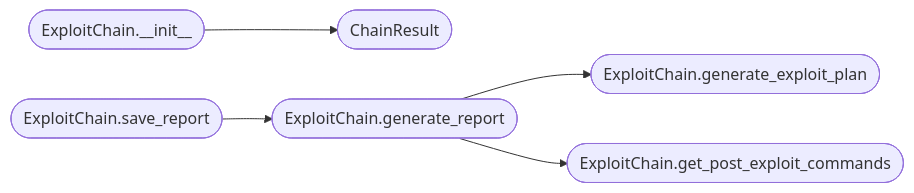
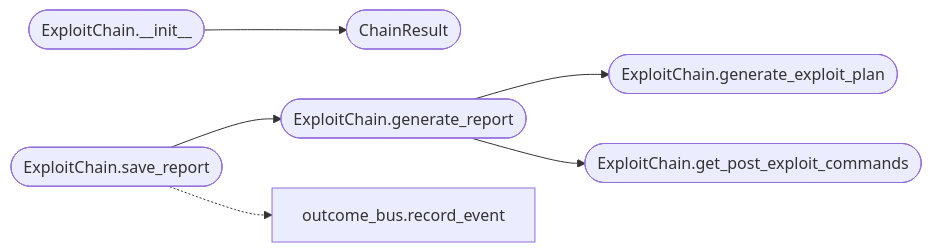
Before and after one commit to grisuno/LazyOwn: the second of 2 diagrams in readmenator-apidocs/modules/modules.exploit_chain.py.md, drawn with Mermaid. The commit also changed other lines of this file and 764 other files, not shown here.

````diff
--- a/readmenator-apidocs/modules/modules.exploit_chain.py.md
+++ b/readmenator-apidocs/modules/modules.exploit_chain.py.md
@@ -72,13 +72,15 @@
 ```mermaid
 flowchart LR
     n_modules_exploit_chain_py__ExploitChain___init__(["ExploitChain.__init__"])
     n_modules_exploit_chain_py__ChainResult(["ChainResult"])
     n_modules_exploit_chain_py__ExploitChain_generate_report(["ExploitChain.generate_report"])
     n_modules_exploit_chain_py__ExploitChain_generate_exploit_plan(["ExploitChain.generate_exploit_plan"])
     n_modules_exploit_chain_py__ExploitChain_get_post_exploit_commands(["ExploitChain.get_post_exploit_commands"])
     n_modules_exploit_chain_py__ExploitChain_save_report(["ExploitChain.save_report"])
+    n_modules_outcome_bus_py__record_event["outcome_bus.record_event"]
     n_modules_exploit_chain_py__ExploitChain___init__ --> n_modules_exploit_chain_py__ChainResult
     n_modules_exploit_chain_py__ExploitChain_generate_report --> n_modules_exploit_chain_py__ExploitChain_generate_exploit_plan
     n_modules_exploit_chain_py__ExploitChain_generate_report --> n_modules_exploit_chain_py__ExploitChain_get_post_exploit_commands
     n_modules_exploit_chain_py__ExploitChain_save_report --> n_modules_exploit_chain_py__ExploitChain_generate_report
+    n_modules_exploit_chain_py__ExploitChain_save_report -.-> n_modules_outcome_bus_py__record_event
 ```
````
